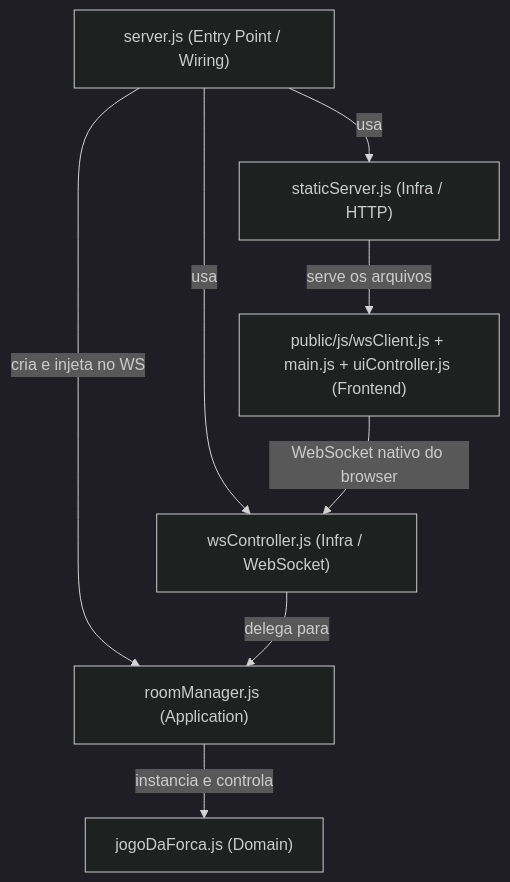
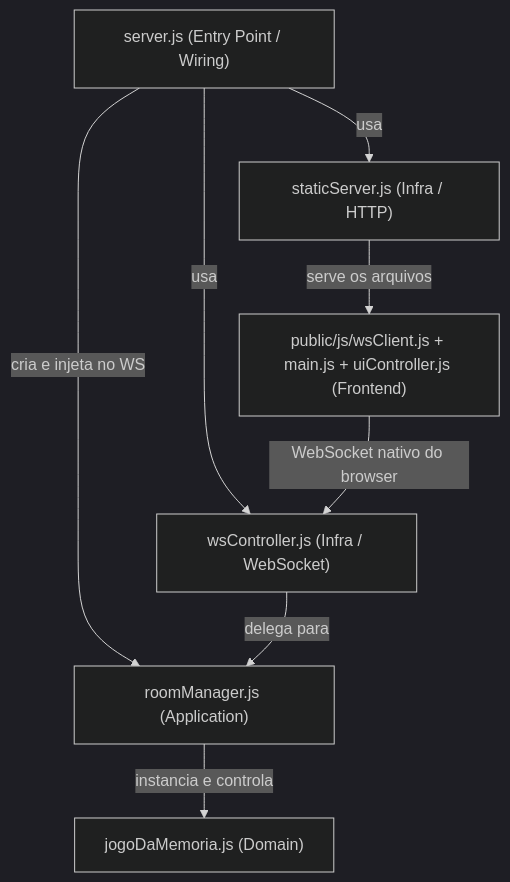
Before and after one commit to Leo981-web/jogo-memoriaG2: the first of 3 diagrams in .ai-instructions/03_ground_truth_architecture.md, drawn with Mermaid (dark theme). The commit also changed other lines of this file and 5 other files, not shown here.

````diff
--- a/.ai-instructions/03_ground_truth_architecture.md
+++ b/.ai-instructions/03_ground_truth_architecture.md
@@ -74,17 +74,17 @@
 ```mermaid
 graph TD
     Server["server.js (Entry Point / Wiring)"]
     WS["wsController.js (Infra / WebSocket)"]
     HTTP["staticServer.js (Infra / HTTP)"]
     RM["roomManager.js (Application)"]
-    JF["jogoDaForca.js (Domain)"]
+    JM["jogoDaMemoria.js (Domain)"]
     FE["public/js/wsClient.js + main.js + uiController.js (Frontend)"]
 
     Server -->|"usa"| WS
     Server -->|"usa"| HTTP
     Server -->|"cria e injeta no WS"| RM
     WS -->|"delega para"| RM
-    RM -->|"instancia e controla"| JF
+    RM -->|"instancia e controla"| JM
     FE -->|"WebSocket nativo do browser"| WS
     HTTP -->|"serve os arquivos"| FE
 ```
````
